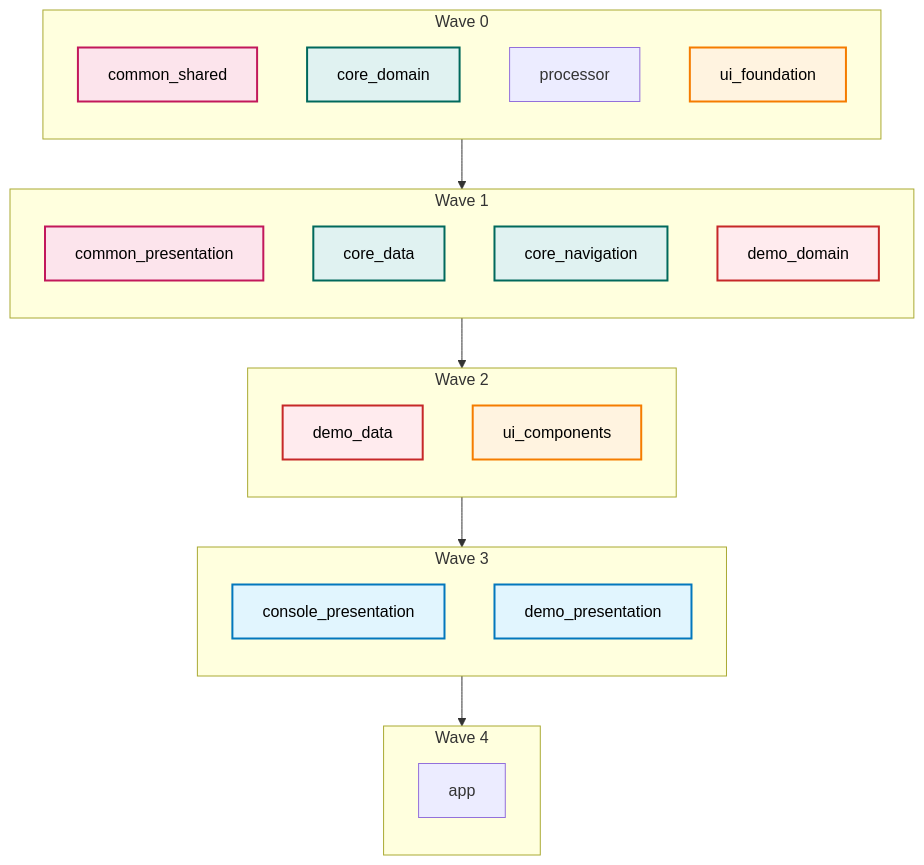
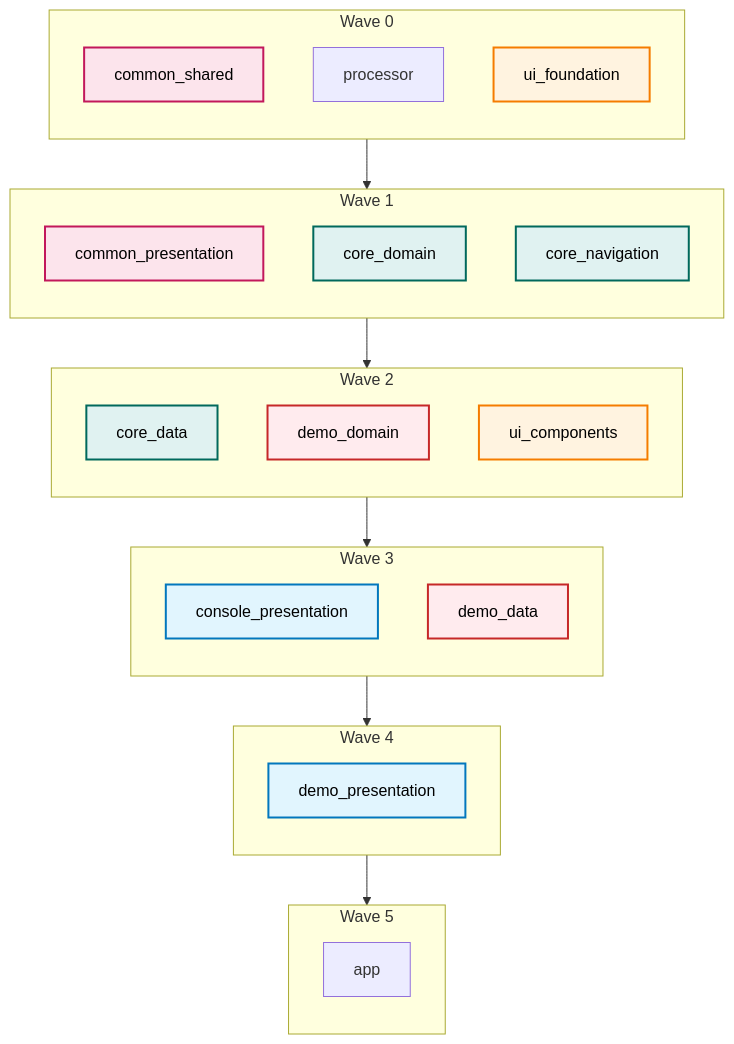
One commit to hhumbetovv/fullstack-template changed the third of 4 diagrams in flutter/module_graph.md. Above: the diagram before and after it, drawn with Mermaid. The commit also changed other lines of this file and 10 other files, not shown here.

````diff
--- a/flutter/module_graph.md
+++ b/flutter/module_graph.md
@@ -98,56 +100,60 @@
 ```mermaid
 graph TB
     subgraph wave_cluster_0["Wave 0"]
         direction TB
         common_shared["common_shared"]
         common_shared:::common
-        core_domain["core_domain"]
-        core_domain:::core
         processor["processor"]
         ui_foundation["ui_foundation"]
         ui_foundation:::ui
     end
     subgraph wave_cluster_1["Wave 1"]
         direction TB
         common_presentation["common_presentation"]
         common_presentation:::common
+        core_domain["core_domain"]
+        core_domain:::core
+        core_navigation["core_navigation"]
+        core_navigation:::core
+    end
+    subgraph wave_cluster_2["Wave 2"]
+        direction TB
         core_data["core_data"]
         core_data:::core
-        core_navigation["core_navigation"]
-        core_navigation:::core
         demo_domain["demo_domain"]
         demo_domain:::domain
         class demo_domain unused
-    end
-    subgraph wave_cluster_2["Wave 2"]
-        direction TB
-        demo_data["demo_data"]
-        demo_data:::data
-        class demo_data unused
         ui_components["ui_components"]
         ui_components:::ui
     end
     subgraph wave_cluster_3["Wave 3"]
         direction TB
         console_presentation["console_presentation"]
         console_presentation:::presentation
+        demo_data["demo_data"]
+        demo_data:::data
+        class demo_data unused
+    end
+    subgraph wave_cluster_4["Wave 4"]
+        direction TB
         demo_presentation["demo_presentation"]
         demo_presentation:::presentation
     end
-    subgraph wave_cluster_4["Wave 4"]
+    subgraph wave_cluster_5["Wave 5"]
         direction TB
         app["app"]
     end
     wave_cluster_0 --> wave_cluster_1
     wave_cluster_1 --> wave_cluster_2
     wave_cluster_2 --> wave_cluster_3
     wave_cluster_3 --> wave_cluster_4
+    wave_cluster_4 --> wave_cluster_5
 
     classDef presentation fill:#e1f5fe,stroke:#0277bd,stroke-width:2px,color:#000000;
     classDef domain fill:#f3e5f5,stroke:#7b1fa2,stroke-width:2px,color:#000000;
     classDef data fill:#e8f5e8,stroke:#2e7d32,stroke-width:2px,color:#000000;
     classDef ui fill:#fff3e0,stroke:#f57c00,stroke-width:2px,color:#000000;
     classDef common fill:#fce4ec,stroke:#c2185b,stroke-width:2px,color:#000000;
     classDef core fill:#e0f2f1,stroke:#00695c,stroke-width:2px,color:#000000;
     classDef unused fill:#ffebee,stroke:#c62828,stroke-width:2px,color:#000000;
 ```
````
